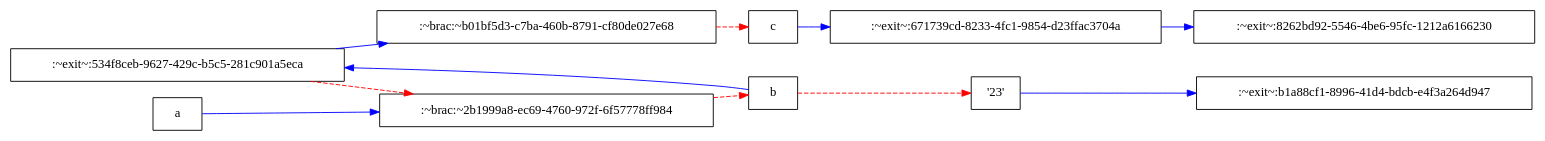
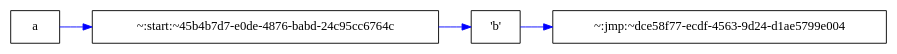
The diagram in test.dot (ItsArnavSh/Resrap), drawn with Graphviz before and after one commit. The commit also changed 4 other files, not shown here.

```diff
--- a/test.dot
+++ b/test.dot
@@ -1,23 +1,10 @@
 digraph G {
   rankdir=LR;
-  ":~exit~:8262bd92-5546-4be6-95fc-1212a6166230" [shape=box];
-  ":~brac:~2b1999a8-ec69-4760-972f-6f57778ff984" [shape=box];
-  ":~brac:~2b1999a8-ec69-4760-972f-6f57778ff984" -> "b" [style=dashed color=red];
-  "b" [shape=box];
-  "b" -> ":~exit~:534f8ceb-9627-429c-b5c5-281c901a5eca" [color=blue];
-  ":~exit~:534f8ceb-9627-429c-b5c5-281c901a5eca" [shape=box];
-  ":~exit~:534f8ceb-9627-429c-b5c5-281c901a5eca" -> ":~brac:~b01bf5d3-c7ba-460b-8791-cf80de027e68" [color=blue];
-  ":~brac:~b01bf5d3-c7ba-460b-8791-cf80de027e68" [shape=box];
-  ":~brac:~b01bf5d3-c7ba-460b-8791-cf80de027e68" -> "c" [style=dashed color=red];
-  "c" [shape=box];
-  "c" -> ":~exit~:671739cd-8233-4fc1-9854-d23ffac3704a" [color=blue];
-  ":~exit~:671739cd-8233-4fc1-9854-d23ffac3704a" [shape=box];
-  ":~exit~:671739cd-8233-4fc1-9854-d23ffac3704a" -> ":~exit~:8262bd92-5546-4be6-95fc-1212a6166230" [color=blue];
-  ":~exit~:534f8ceb-9627-429c-b5c5-281c901a5eca" -> ":~brac:~2b1999a8-ec69-4760-972f-6f57778ff984" [style=dashed color=red];
-  "b" -> "'23'" [style=dashed color=red];
-  "'23'" [shape=box];
-  "'23'" -> ":~exit~:b1a88cf1-8996-41d4-bdcb-e4f3a264d947" [color=blue];
-  ":~exit~:b1a88cf1-8996-41d4-bdcb-e4f3a264d947" [shape=box];
   "a" [shape=box];
-  "a" -> ":~brac:~2b1999a8-ec69-4760-972f-6f57778ff984" [color=blue];
+  "a" -> "~:start:~45b4b7d7-e0de-4876-babd-24c95cc6764c" [color=blue];
+  "~:start:~45b4b7d7-e0de-4876-babd-24c95cc6764c" [shape=box];
+  "~:start:~45b4b7d7-e0de-4876-babd-24c95cc6764c" -> "'b'" [color=blue];
+  "'b'" [shape=box];
+  "'b'" -> "~:jmp:~dce58f77-ecdf-4563-9d24-d1ae5799e004" [color=blue];
+  "~:jmp:~dce58f77-ecdf-4563-9d24-d1ae5799e004" [shape=box];
 }
```
